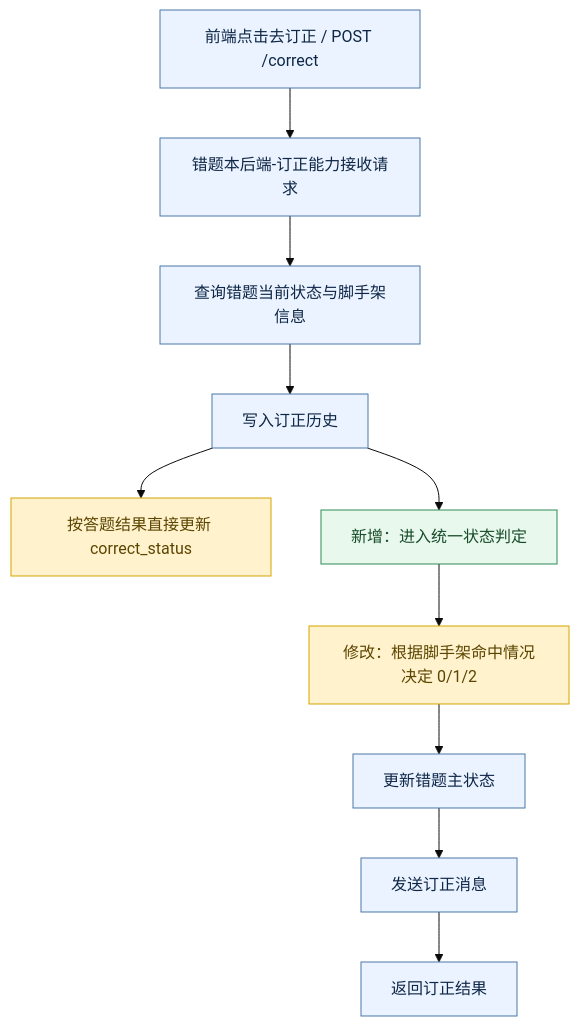
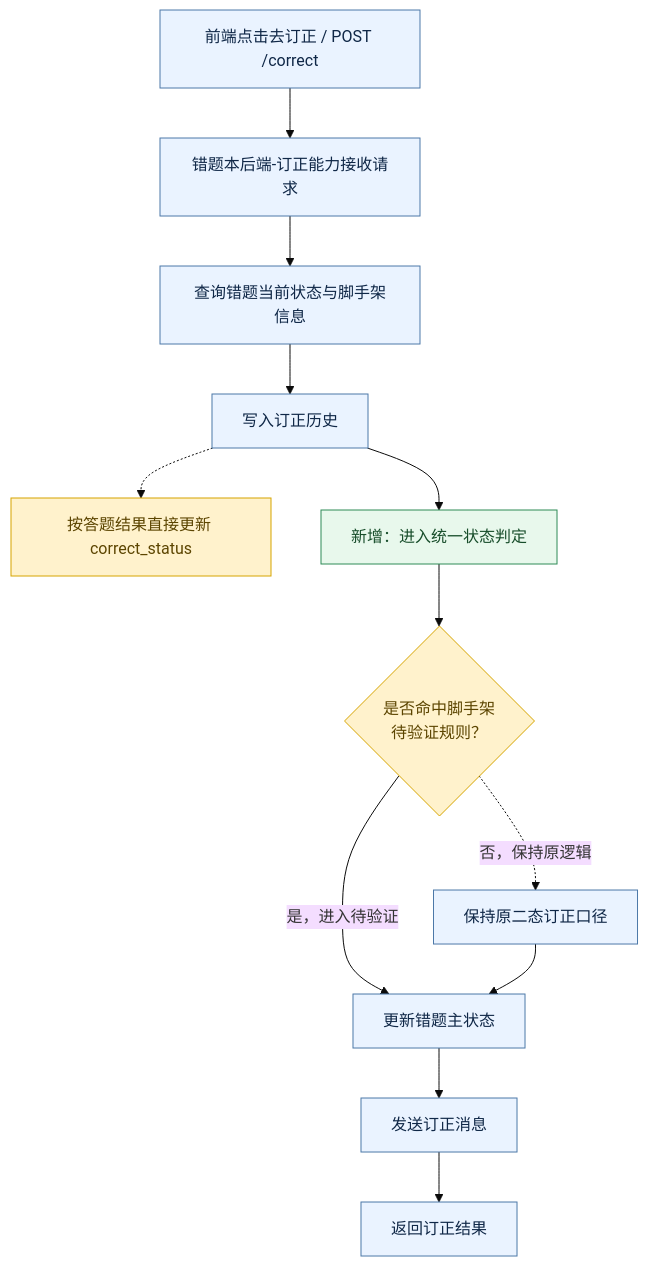
The second of 4 diagrams in writing-backend-technical-solutions/references/java-backend-example.md (Foutlook/agent-skills), drawn with Mermaid (base theme) before and after one commit. The commit also changed other lines of this file and 3 other files, not shown here.

Commit message:
完善后端方案技能图表约束

````diff
--- a/writing-backend-technical-solutions/references/java-backend-example.md
+++ b/writing-backend-technical-solutions/references/java-backend-example.md
@@ -203,25 +203,30 @@
 ```mermaid
 flowchart TD
     A["前端点击去订正 / POST /correct"]
     B["错题本后端-订正能力接收请求"]
     C["查询错题当前状态与脚手架信息"]
     D["写入订正历史"]
     E["按答题结果直接更新 correct_status"]
     F["新增：进入统一状态判定"]
-    G["修改：根据脚手架命中情况决定 0/1/2"]
+    G{"是否命中脚手架<br/>待验证规则？"}
     H["更新错题主状态"]
     I["发送订正消息"]
     J["返回订正结果"]
+    K["保持原二态订正口径"]
 
     A --> B --> C --> D
-    D --> E
-    D --> F --> G --> H --> I --> J
+    D -.-> E
+    D --> F --> G
+    G -->|是，进入待验证| H
+    G -.->|否，保持原逻辑| K
+    K --> H
+    H --> I --> J
 
     classDef existing fill:#EAF3FF,stroke:#4C78A8,color:#0F2747;
     classDef changed fill:#FFF2CC,stroke:#D6A400,color:#5C4500;
     classDef added fill:#E8F8EC,stroke:#2E8B57,color:#174D2A;
 
-    class A,B,C,D,H,I,J existing;
+    class A,B,C,D,H,I,J,K existing;
     class E,G changed;
     class F added;
 ```
````
